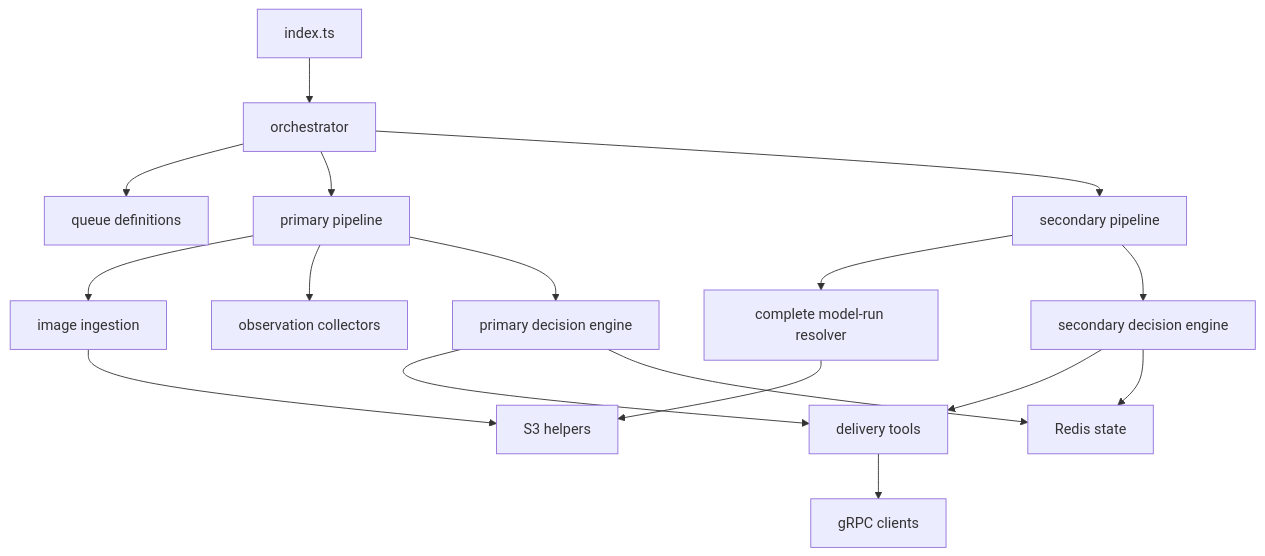
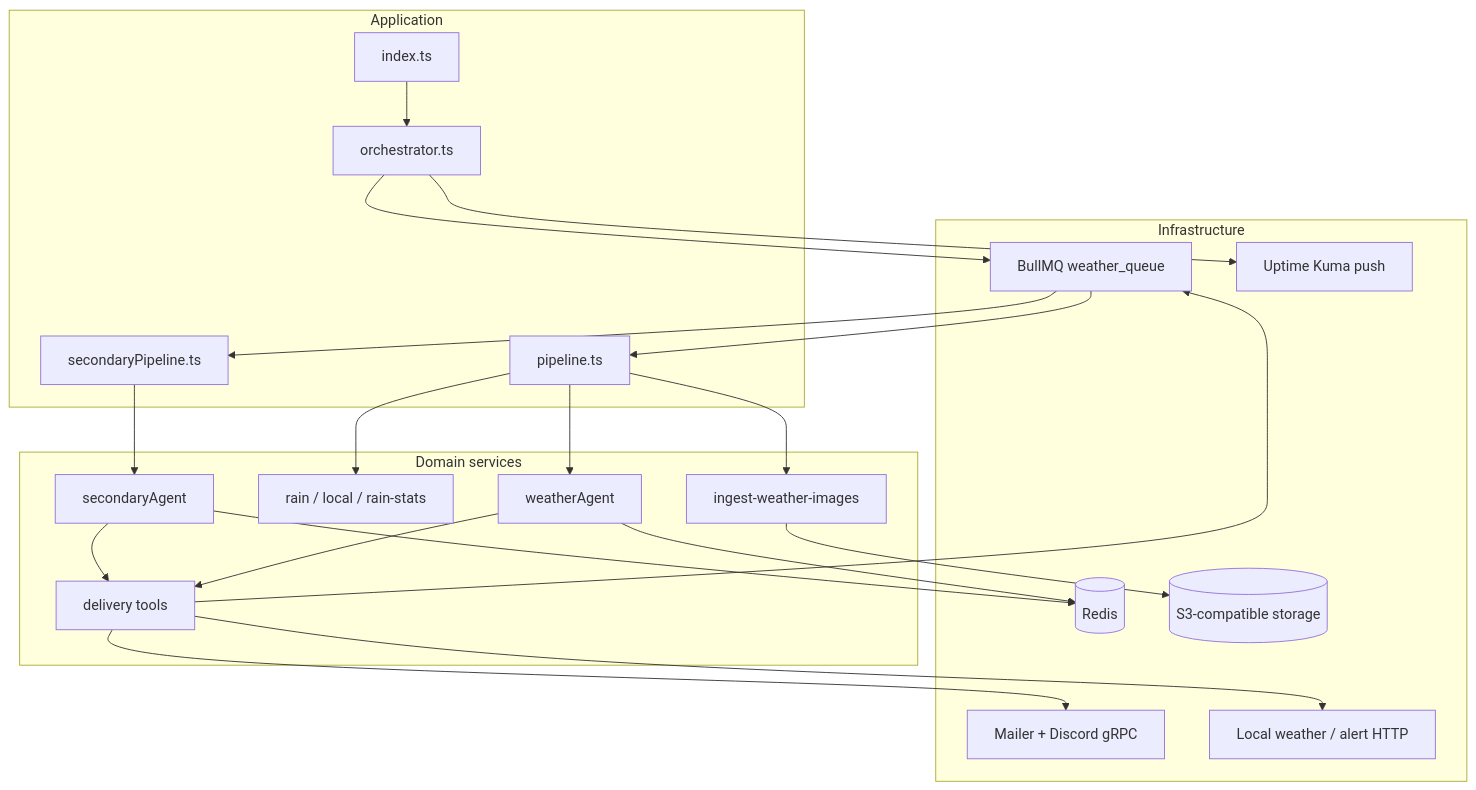
Before and after one commit to aneeshpatne/mausam3.0: the third of 3 diagrams in README.md, drawn with Mermaid. The commit also changed other lines of this file, not shown here.

````diff
--- a/README.md
+++ b/README.md
@@ -120,19 +118,44 @@
 ```mermaid
-graph TD
-    ENTRY[index.ts] --> ORCH[orchestrator]
-    ORCH --> QUEUE[queue definitions]
-    ORCH --> PRIMARY[primary pipeline]
-    ORCH --> SECONDARY[secondary pipeline]
-    PRIMARY --> INGEST[image ingestion]
-    PRIMARY --> OBS[observation collectors]
-    PRIMARY --> PAGENT[primary decision engine]
-    SECONDARY --> RUNS[complete model-run resolver]
-    SECONDARY --> SAGENT[secondary decision engine]
-    PAGENT --> TOOLS[delivery tools]
-    SAGENT --> TOOLS
-    TOOLS --> GRPC[gRPC clients]
-    INGEST --> STORAGE[S3 helpers]
-    RUNS --> STORAGE
-    PAGENT --> REDIS[Redis state]
-    SAGENT --> REDIS
+flowchart TB
+  subgraph App[Application]
+    ENTRY[index.ts]
+    ORCH[orchestrator.ts]
+    PRIM[pipeline.ts]
+    SEC[secondaryPipeline.ts]
+  end
+
+  subgraph Domain[Domain services]
+    ING[ingest-weather-images]
+    OBS[rain / local / rain-stats]
+    PAGENT[weatherAgent]
+    SAGENT[secondaryAgent]
+    TOOLS[delivery tools]
+  end
+
+  subgraph Infra[Infrastructure]
+    Q[BullMQ weather_queue]
+    REDIS[(Redis)]
+    S3[(S3-compatible storage)]
+    GRPC[Mailer + Discord gRPC]
+    HTTP[Local weather / alert HTTP]
+    MON[Uptime Kuma push]
+  end
+
+  ENTRY --> ORCH
+  ORCH --> Q
+  Q --> PRIM
+  Q --> SEC
+  PRIM --> ING
+  PRIM --> OBS
+  PRIM --> PAGENT
+  SEC --> SAGENT
+  ING --> S3
+  PAGENT --> REDIS
+  SAGENT --> REDIS
+  PAGENT --> TOOLS
+  SAGENT --> TOOLS
+  TOOLS --> GRPC
+  TOOLS --> HTTP
+  TOOLS --> Q
+  ORCH --> MON
 ```
````
